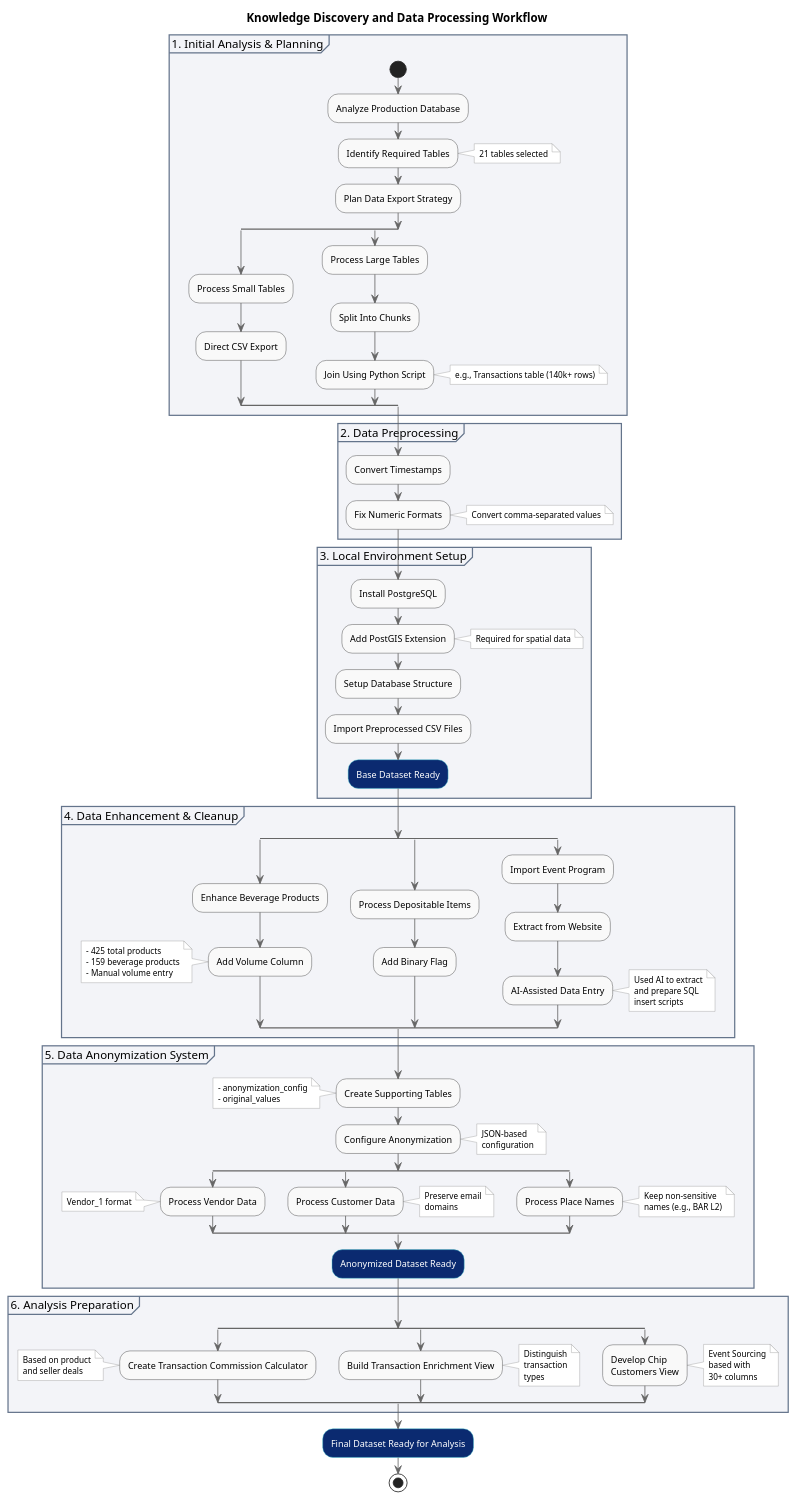
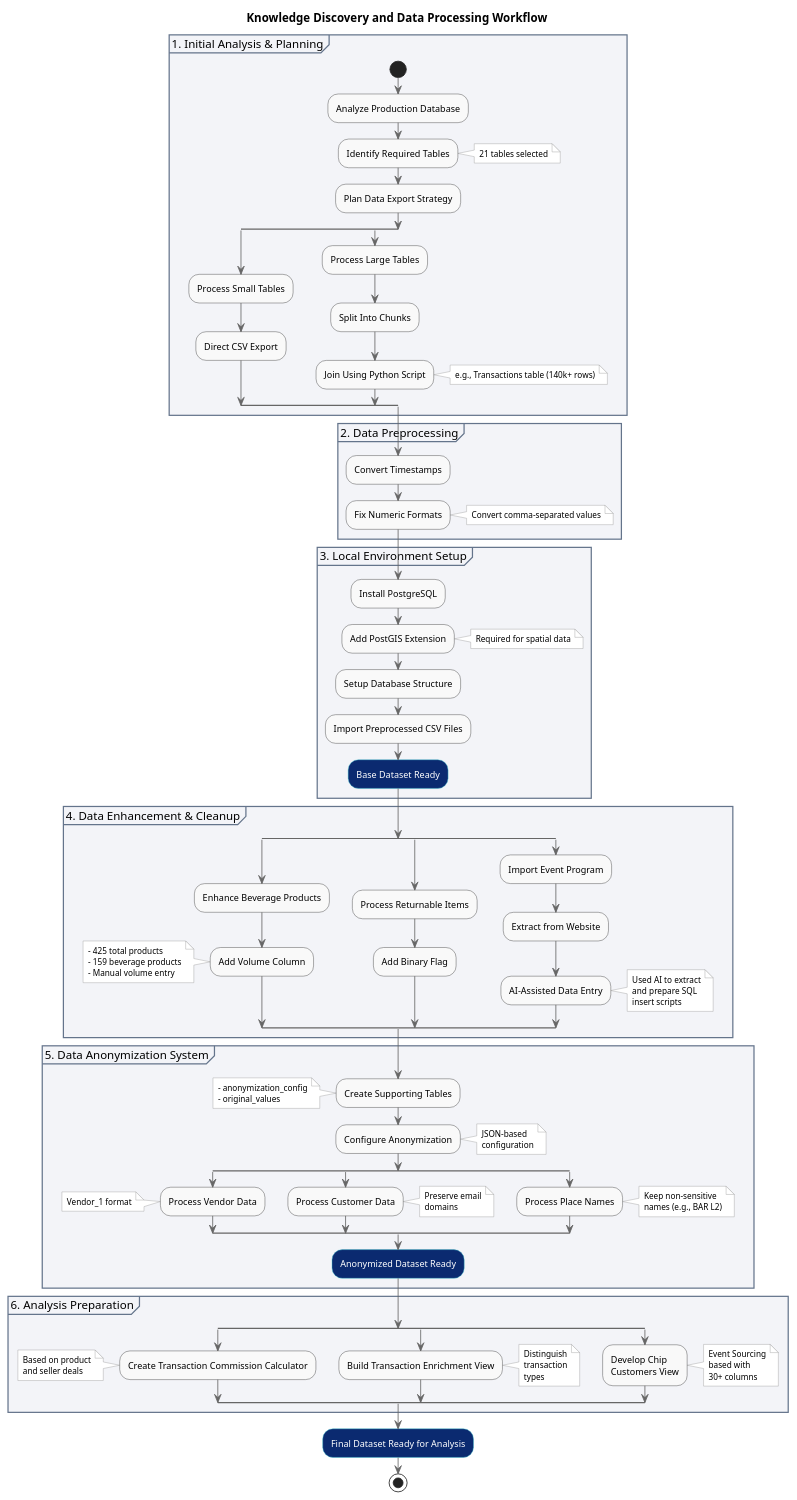
Before and after one commit to filipditrich/master-thesis: the diagram in thesis/figures/diagrams/kdd-workflow.puml, drawn with PlantUML. The commit also changed 4 other files, not shown here.

```diff
--- a/thesis/figures/diagrams/kdd-workflow.puml
+++ b/thesis/figures/diagrams/kdd-workflow.puml
@@ -1,140 +1,140 @@
 @startuml
 skinparam ActivityBackgroundColor #f9f9f9
 skinparam ActivityBorderColor #333
 skinparam ArrowColor #666
 skinparam ActivityFontSize 11
 skinparam NoteBorderColor #999
 skinparam NoteBackgroundColor #fff
 skinparam NoteFontSize 10
 
 ' Define specific activity styles
 skinparam activity {
     BackgroundColor<<milestone>> #0B2A70
     FontColor<<milestone>> #FFF
     BorderColor<<milestone>> #40C8D3
 }
 
 skinparam partition {
     BackgroundColor #F3F4F8
     BorderColor #64748b
 }
 
 title Knowledge Discovery and Data Processing Workflow
 
 partition "1. Initial Analysis & Planning" {
     start
     :Analyze Production Database;
     :Identify Required Tables;
     note right: 21 tables selected
     :Plan Data Export Strategy;
 
     split
         :Process Small Tables;
         :Direct CSV Export;
     split again
         :Process Large Tables;
         :Split Into Chunks;
         :Join Using Python Script;
         note right: e.g., Transactions table (140k+ rows)
     end split
 }
 
 partition "2. Data Preprocessing" {
     :Convert Timestamps;
     :Fix Numeric Formats;
     note right: Convert comma-separated values
 }
 
 partition "3. Local Environment Setup" {
     :Install PostgreSQL;
     :Add PostGIS Extension;
     note right: Required for spatial data
     :Setup Database Structure;
     :Import Preprocessed CSV Files;
     :Base Dataset Ready;<<milestone>>
 }
 
 partition "4. Data Enhancement & Cleanup" {
     split
         :Enhance Beverage Products;
         :Add Volume Column;
         note left
             - 425 total products
             - 159 beverage products
             - Manual volume entry
         end note
     split again
-        :Process Depositable Items;
+        :Process Returnable Items;
         :Add Binary Flag;
     split again
         :Import Event Program;
         :Extract from Website;
         :AI-Assisted Data Entry;
         note right
             Used AI to extract
             and prepare SQL
             insert scripts
         end note
     end split
 }
 
 partition "5. Data Anonymization System" {
     :Create Supporting Tables;
     note left
         - anonymization_config
         - original_values
     end note
     :Configure Anonymization;
     note right
         JSON-based
         configuration
     end note
 
     split
         :Process Vendor Data;
         note left: Vendor_1 format
     split again
         :Process Customer Data;
         note right
             Preserve email
             domains
         end note
     split again
         :Process Place Names;
         note right
             Keep non-sensitive
             names (e.g., BAR L2)
         end note
     end split
     :Anonymized Dataset Ready;<<milestone>>
 }
 
 partition "6. Analysis Preparation" {
     split
         :Create Transaction Commission Calculator;
         note left
             Based on product
             and seller deals
         end note
     split again
         :Build Transaction Enrichment View;
         note right
             Distinguish
             transaction
             types
         end note
     split again
         :Develop Chip
         Customers View;
         note right
             Event Sourcing
             based with
             30+ columns
         end note
     end split
 }
 
 :Final Dataset Ready for Analysis;<<milestone>>
 stop
 
 @enduml
```
